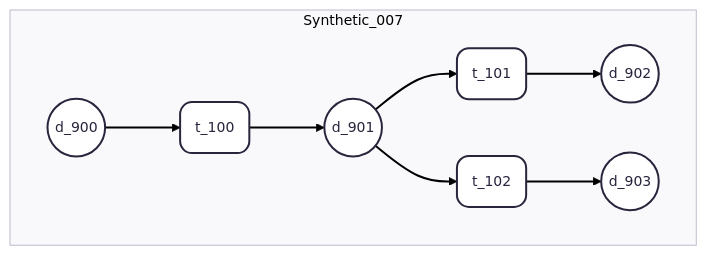
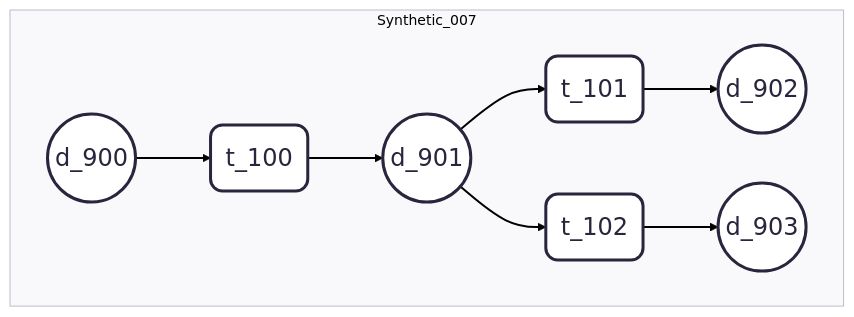
The diagram in data/mermaid/Synthetic_007.mermaid (marcellowmr/instance-gen), drawn with Mermaid before and after one commit. The commit also changed 18 other files, not shown here.

Commit message:
Arquivos mermaid

```diff
--- a/data/mermaid/Synthetic_007.mermaid
+++ b/data/mermaid/Synthetic_007.mermaid
@@ -1,23 +1,25 @@
 ---
 config:
   layout: dagre
   theme: redux
   look: classic
 ---
 %% PATTERN: Map, Split
 flowchart LR
- subgraph Synthetic_7["Synthetic_007"]
-    direction LR
-        S7_d0(("d_900"))
-        S7_d1(("d_901"))
-        S7_d2(("d_902"))
-        S7_d3(("d_903"))
-        S7_t0("t_100")
-        S7_t1("t_101")
-        S7_t2("t_102")
-  end
+    classDef default font-size:24px, stroke-width:3px;
+    linkStyle default stroke-width:2px;
+    subgraph Synthetic_7["Synthetic_007"]
+        direction LR
+            S7_d0(("d_900"))
+            S7_d1(("d_901"))
+            S7_d2(("d_902"))
+            S7_d3(("d_903"))
+            S7_t0("t_100")
+            S7_t1("t_101")
+            S7_t2("t_102")
+    end
     S7_d0 --> S7_t0
     S7_d1 --> S7_t1 & S7_t2
     S7_t0 --> S7_d1
     S7_t1 --> S7_d2
     S7_t2 --> S7_d3
```
